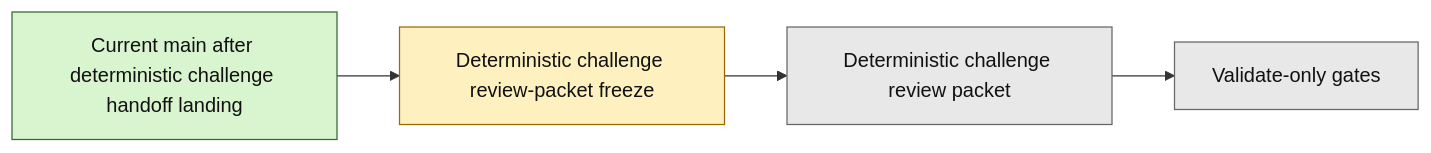
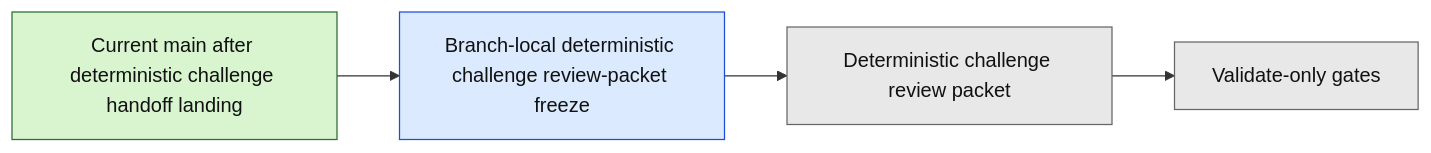
Before and after one commit to benjmcd/project6_REPO_MCP_FOLDER: the second of 2 diagrams in next_milestone_plans/layer3_progress_board.md, drawn with Mermaid. The commit also changed other lines of this file and 9 other files, not shown here.

Commit message:
docs(layer3): freeze deterministic review-packet continuation

````diff
--- a/next_milestone_plans/layer3_progress_board.md
+++ b/next_milestone_plans/layer3_progress_board.md
@@ -157,14 +163,14 @@
 ```mermaid
 flowchart LR
-    A["Current main after deterministic challenge handoff landing"] --> B["Deterministic challenge review-packet freeze"]
+    A["Current main after deterministic challenge handoff landing"] --> B["Branch-local deterministic challenge review-packet freeze"]
     B --> C["Deterministic challenge review packet"]
     C --> D["Validate-only gates"]
 
     classDef done fill:#d8f5d0,stroke:#2f6b2f,color:#111;
-    classDef planned fill:#fff1bf,stroke:#9a6b00,color:#111;
+    classDef branch fill:#dbeafe,stroke:#1d4ed8,color:#111;
     classDef future fill:#e8e8e8,stroke:#666,color:#111;
 
     class A done;
-    class B planned;
+    class B branch;
     class C,D future;
 ```
````
